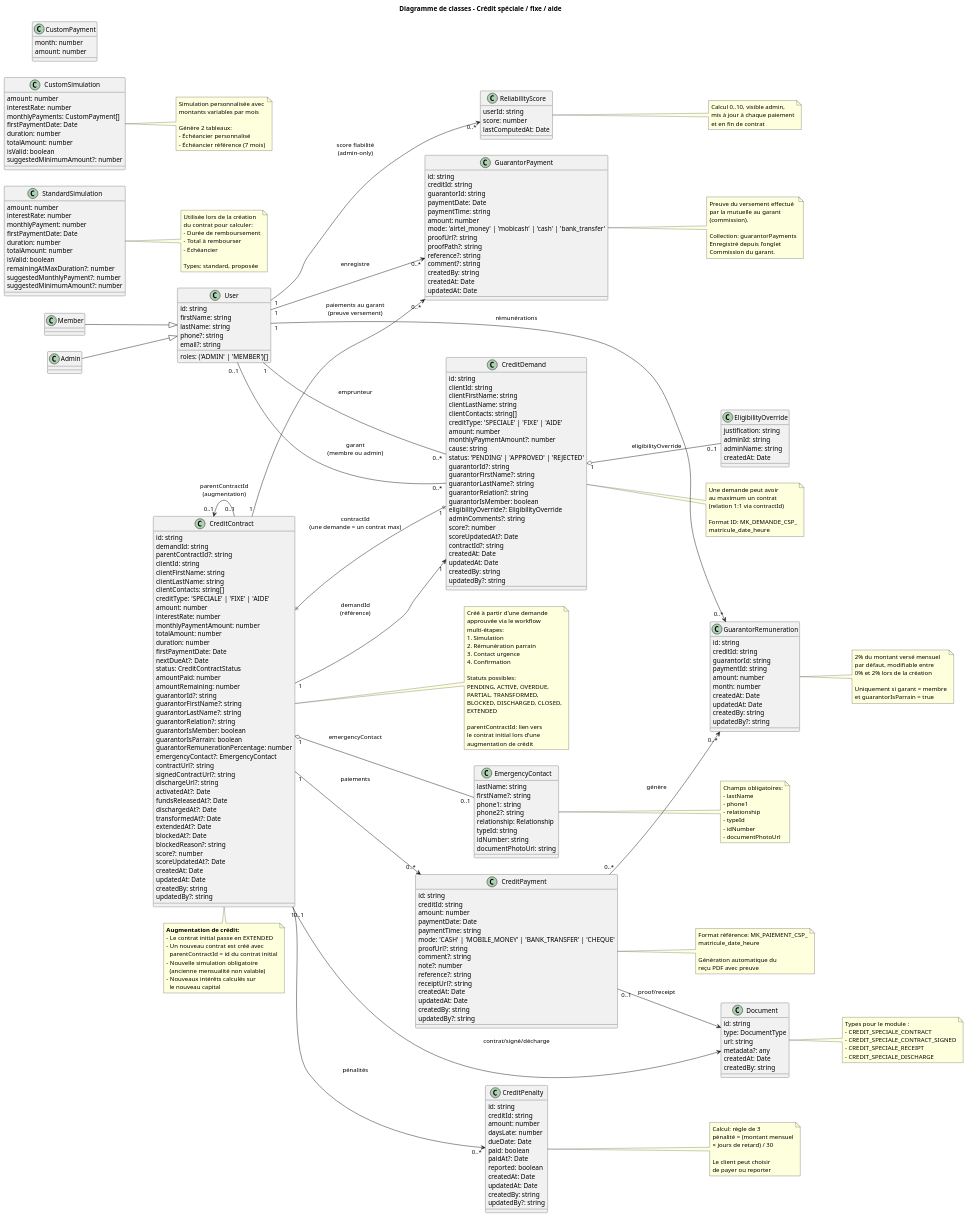
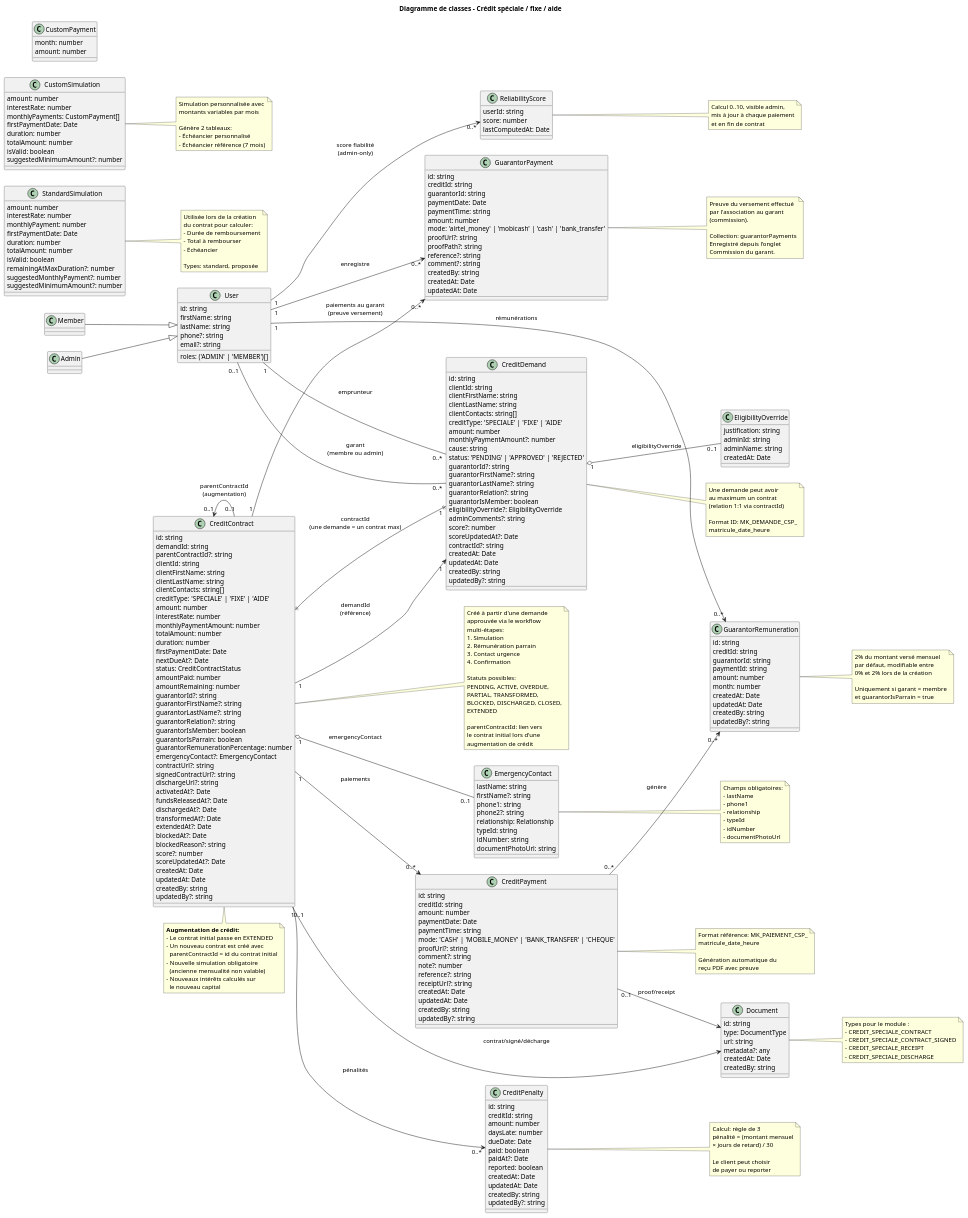
The diagram in documentation/credit-speciale/V1/credit-speciale-classes.puml (GlennEriss/kara-client-front), drawn with PlantUML before and after one commit. The commit also changed 92 other files, not shown here.

```diff
--- a/documentation/credit-speciale/V1/credit-speciale-classes.puml
+++ b/documentation/credit-speciale/V1/credit-speciale-classes.puml
@@ -295,7 +295,7 @@
 
 note right of GuarantorPayment
   Preuve du versement effectué
-  par la mutuelle au garant
+  par l'association au garant
   (commission).
   
   Collection: guarantorPayments
```
